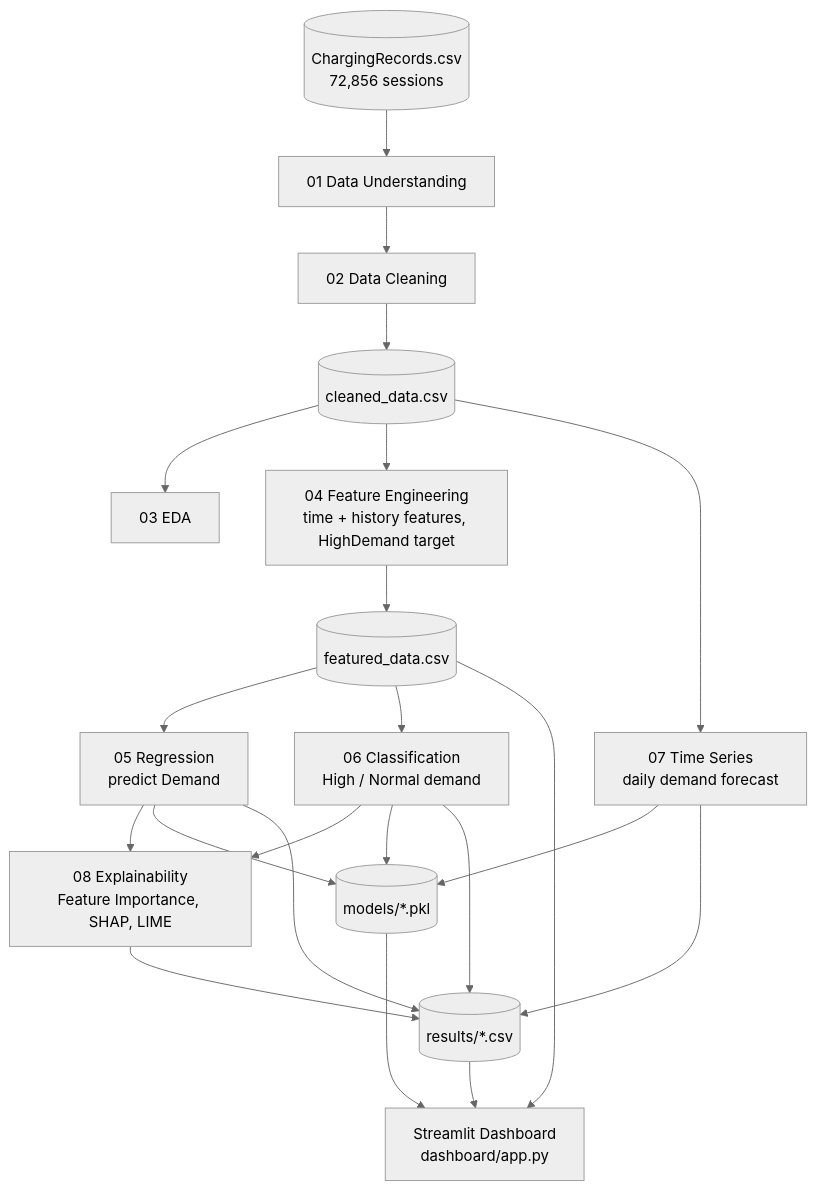
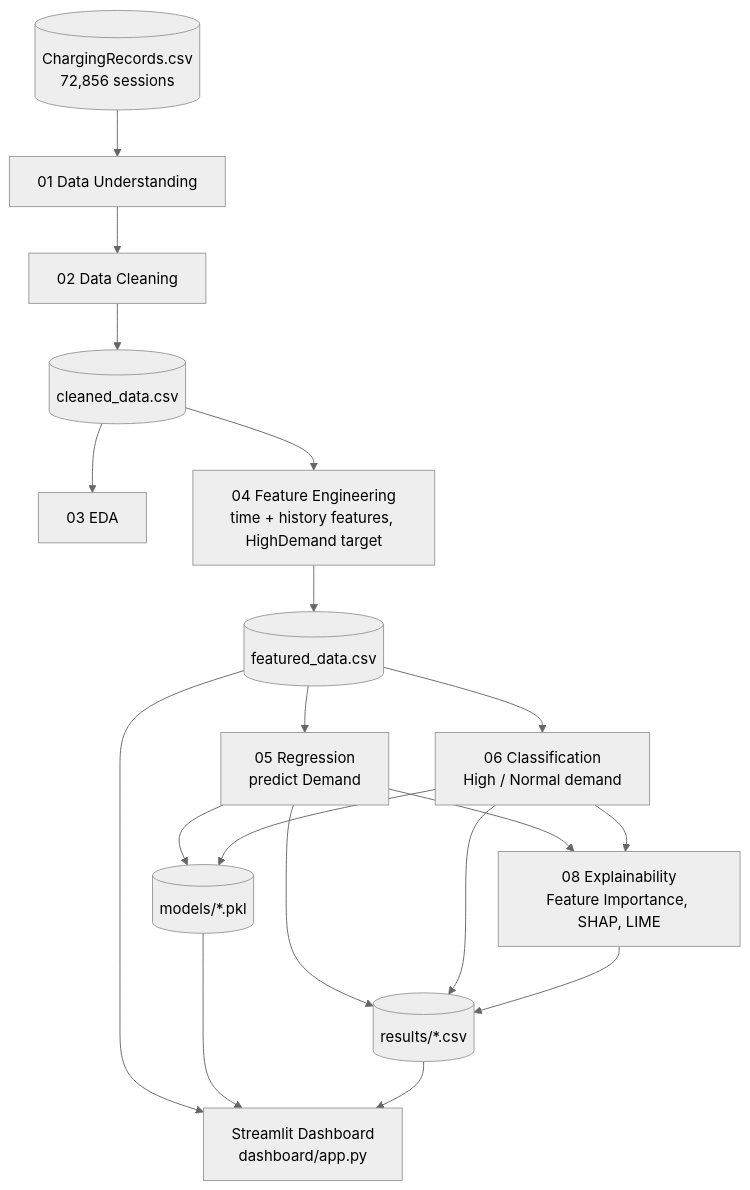
Before and after one commit to ssrikanthssk/EV_Charging_Demand_Analysis: the diagram in README.md, drawn with Mermaid (neutral theme). The commit also changed other lines of this file and 10 other files, not shown here.

````diff
--- a/README.md
+++ b/README.md
@@ -147,24 +140,21 @@
 ```mermaid
 flowchart TD
     A[("ChargingRecords.csv<br/>72,856 sessions")] --> B["01 Data Understanding"]
     B --> C["02 Data Cleaning"]
     C --> D[("cleaned_data.csv")]
     D --> E["03 EDA"]
     D --> F["04 Feature Engineering<br/>time + history features, HighDemand target"]
     F --> G[("featured_data.csv")]
     G --> H["05 Regression<br/>predict Demand"]
     G --> I["06 Classification<br/>High / Normal demand"]
-    D --> J["07 Time Series<br/>daily demand forecast"]
     H --> K["08 Explainability<br/>Feature Importance, SHAP, LIME"]
     I --> K
     H --> M[("models/*.pkl")]
     I --> M
-    J --> M
     H --> R[("results/*.csv")]
     I --> R
-    J --> R
     K --> R
     G --> S["Streamlit Dashboard<br/>dashboard/app.py"]
     M --> S
     R --> S
 ```
````
